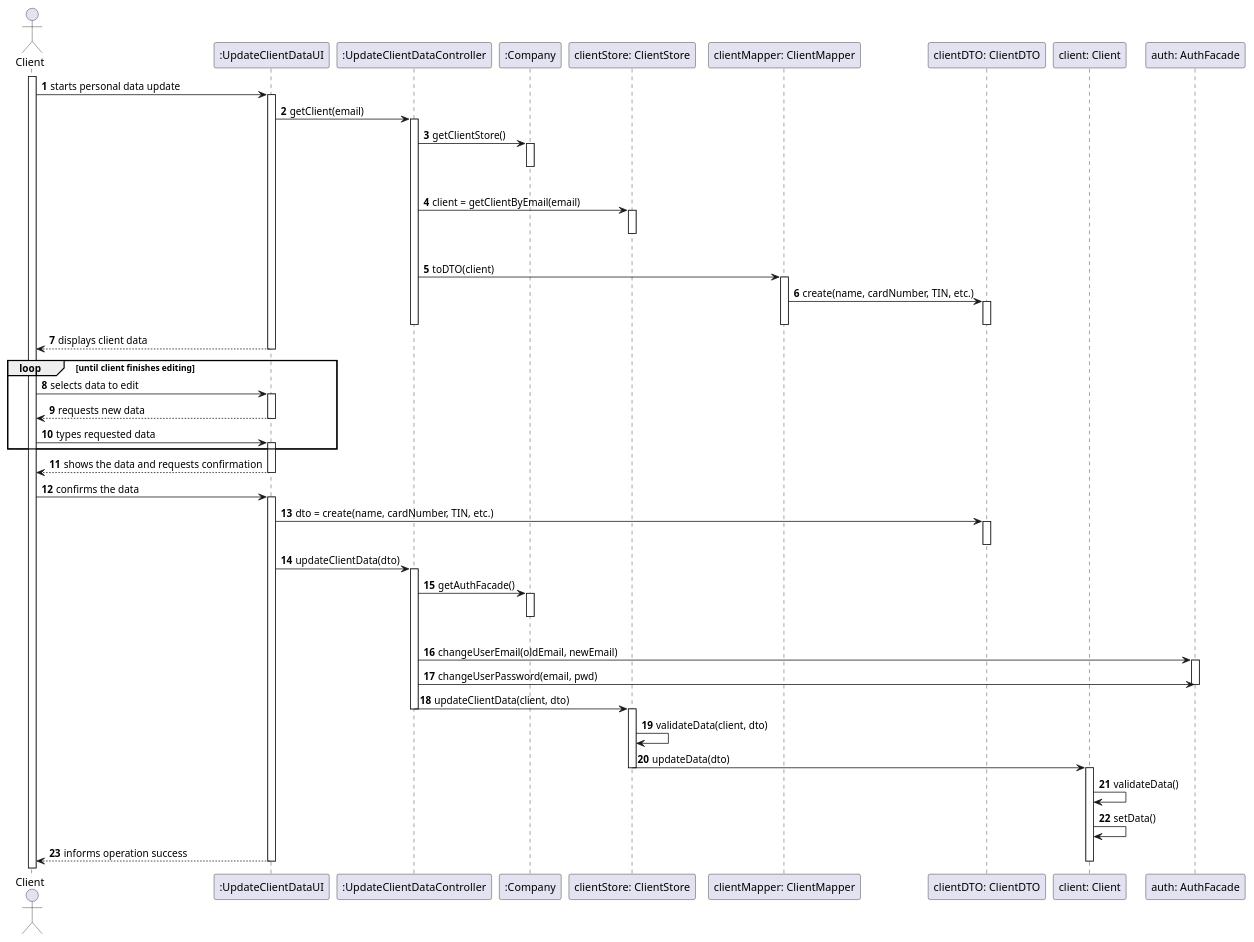
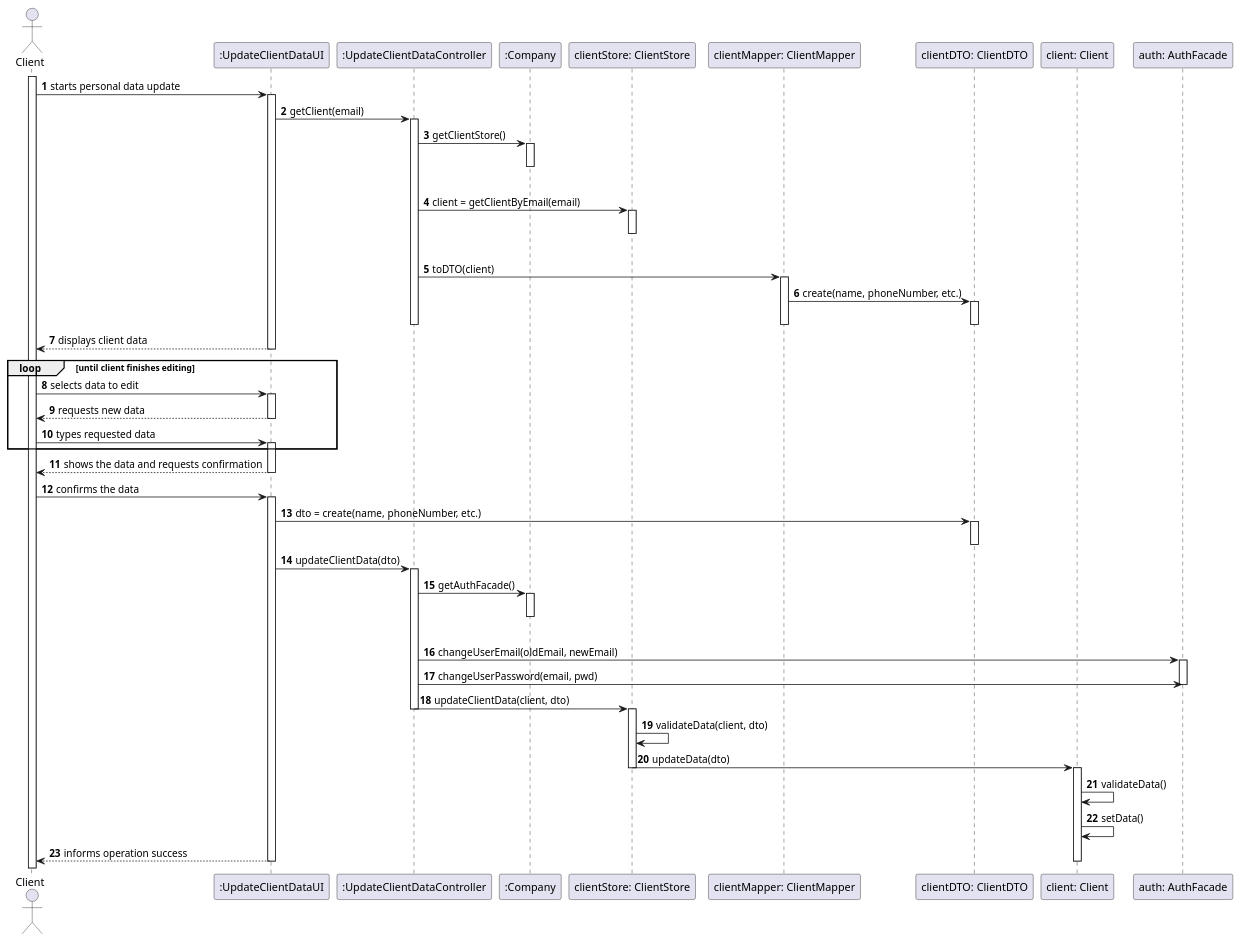
One commit to MadDinosaur/ISEP-LAPR2 changed the diagram in docs/SprintD/US2/US2_SD.puml. Above: the diagram before and after it, drawn with PlantUML. The commit also changed 3 other files, not shown here.

```diff
--- a/docs/SprintD/US2/US2_SD.puml
+++ b/docs/SprintD/US2/US2_SD.puml
@@ -1,75 +1,75 @@
 @startuml
 autonumber
 
 actor Client as cli
 participant ":UpdateClientDataUI" as ui
 participant ":UpdateClientDataController" as controller
 participant ":Company" as company
 participant "clientStore: ClientStore" as cstore
 participant "clientMapper: ClientMapper" as cmapper
 participant "clientDTO: ClientDTO" as dto
 participant "client: Client" as client
 participant "auth: AuthFacade" as auth
 
 
 activate cli
 cli -> ui : starts personal data update
 activate ui
 ui -> controller : getClient(email)
 activate controller
 controller -> company : getClientStore()
 activate company
 |||
 deactivate company
 controller -> cstore : client = getClientByEmail(email)
 activate cstore
 |||
 deactivate cstore
 controller -> cmapper : toDTO(client)
 activate cmapper
-cmapper -> dto : create(name, cardNumber, TIN, etc.)
+cmapper -> dto : create(name, phoneNumber, etc.)
 activate dto
 deactivate dto
 deactivate cmapper
 deactivate controller
 ui --> cli : displays client data
 deactivate ui
 loop until client finishes editing
 cli -> ui :  selects data to edit
 activate ui
 ui --> cli : requests new data
 deactivate ui
 cli -> ui :  types requested data
 activate ui
 end loop
 activate ui
 ui --> cli : shows the data and requests confirmation
 deactivate ui
 cli -> ui :  confirms the data
 activate ui
-ui -> dto: dto = create(name, cardNumber, TIN, etc.)
+ui -> dto: dto = create(name, phoneNumber, etc.)
 activate dto
 deactivate dto
 ui -> controller: updateClientData(dto)
 activate controller
 controller -> company: getAuthFacade()
 activate company
 |||
 deactivate company
 controller -> auth: changeUserEmail(oldEmail, newEmail)
 activate auth
 controller -> auth: changeUserPassword(email, pwd)
 deactivate auth
 controller -> cstore: updateClientData(client, dto)
 deactivate controller
 activate cstore
 cstore -> cstore : validateData(client, dto)
 cstore -> client : updateData(dto)
 deactivate cstore
 activate client
 client -> client : validateData()
 client -> client : setData()
 ui --> cli : informs operation success
 deactivate client
 deactivate ui
 @enduml
```
